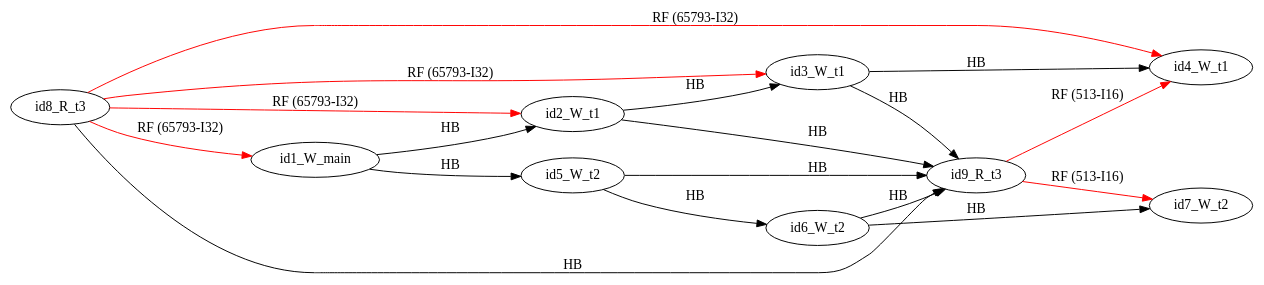
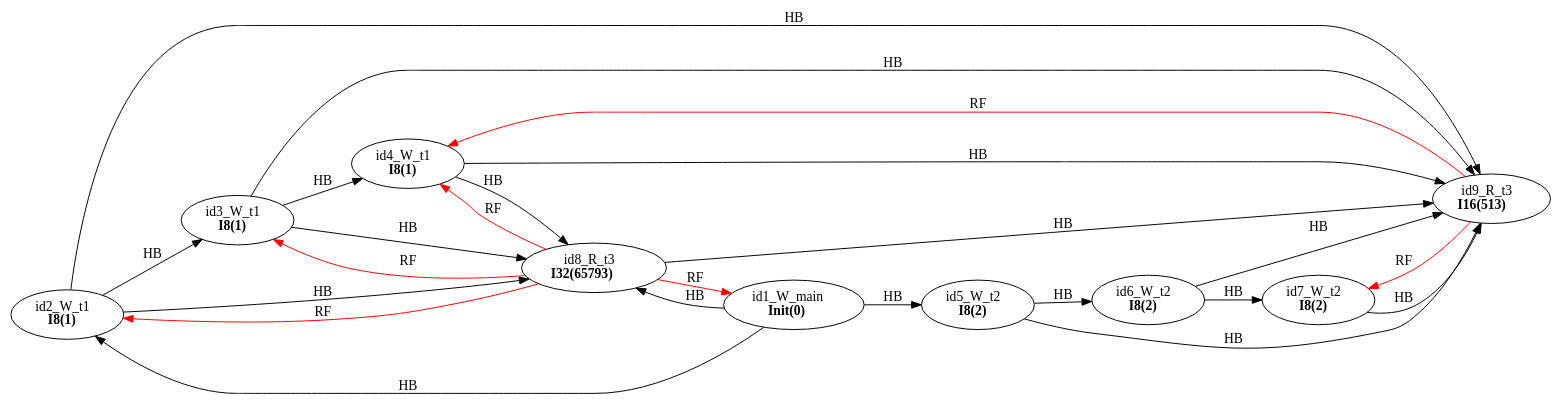
Before and after one commit to FMJS/EMME: the diagram in examples/single_var/sv_simple20/mm29.dot, drawn with Graphviz. The commit also changed 242 other files, not shown here.

```diff
--- a/examples/single_var/sv_simple20/mm29.dot
+++ b/examples/single_var/sv_simple20/mm29.dot
@@ -1,30 +1,36 @@
 digraph memory_model {
 rankdir=LR;
 splines=true; esep=0.5;
-id8_R_t3 -> id1_W_main [label = "RF (65793-I32)", color="red"];
-id8_R_t3 -> id2_W_t1 [label = "RF (65793-I32)", color="red"];
-id8_R_t3 -> id3_W_t1 [label = "RF (65793-I32)", color="red"];
-id8_R_t3 -> id4_W_t1 [label = "RF (65793-I32)", color="red"];
-id9_R_t3 -> id4_W_t1 [label = "RF (513-I16)", color="red"];
-id9_R_t3 -> id7_W_t2 [label = "RF (513-I16)", color="red"];
 id2_W_t1 -> id3_W_t1 [label = "HB", color="black"];
 id3_W_t1 -> id4_W_t1 [label = "HB", color="black"];
 id5_W_t2 -> id6_W_t2 [label = "HB", color="black"];
 id6_W_t2 -> id7_W_t2 [label = "HB", color="black"];
 id8_R_t3 -> id9_R_t3 [label = "HB", color="black"];
 id1_W_main -> id2_W_t1 [label = "HB", color="black"];
 id1_W_main -> id5_W_t2 [label = "HB", color="black"];
+id1_W_main -> id8_R_t3 [label = "HB", color="black"];
+id2_W_t1 -> id8_R_t3 [label = "HB", color="black"];
 id2_W_t1 -> id9_R_t3 [label = "HB", color="black"];
+id3_W_t1 -> id8_R_t3 [label = "HB", color="black"];
 id3_W_t1 -> id9_R_t3 [label = "HB", color="black"];
+id4_W_t1 -> id8_R_t3 [label = "HB", color="black"];
+id4_W_t1 -> id9_R_t3 [label = "HB", color="black"];
 id5_W_t2 -> id9_R_t3 [label = "HB", color="black"];
 id6_W_t2 -> id9_R_t3 [label = "HB", color="black"];
-id1_W_main [pos="5.0,6!"]
-id2_W_t1 [pos="0,4!"]
-id3_W_t1 [pos="0,2!"]
-id4_W_t1 [pos="0,0!"]
-id5_W_t2 [pos="5,4!"]
-id6_W_t2 [pos="5,2!"]
-id7_W_t2 [pos="5,0!"]
-id8_R_t3 [pos="10,4!"]
-id9_R_t3 [pos="10,2!"]
+id7_W_t2 -> id9_R_t3 [label = "HB", color="black"];
+id8_R_t3 -> id1_W_main [label = "RF", color="red"];
+id8_R_t3 -> id2_W_t1 [label = "RF", color="red"];
+id8_R_t3 -> id3_W_t1 [label = "RF", color="red"];
+id8_R_t3 -> id4_W_t1 [label = "RF", color="red"];
+id9_R_t3 -> id4_W_t1 [label = "RF", color="red"];
+id9_R_t3 -> id7_W_t2 [label = "RF", color="red"];
+id1_W_main [label=<id1_W_main<br/><B>Init(0)</B>>, pos="5.0,6!"]
+id2_W_t1 [label=<id2_W_t1<br/><B>I8(1)</B>>, pos="0,4!"]
+id3_W_t1 [label=<id3_W_t1<br/><B>I8(1)</B>>, pos="0,2!"]
+id4_W_t1 [label=<id4_W_t1<br/><B>I8(1)</B>>, pos="0,0!"]
+id5_W_t2 [label=<id5_W_t2<br/><B>I8(2)</B>>, pos="5,4!"]
+id6_W_t2 [label=<id6_W_t2<br/><B>I8(2)</B>>, pos="5,2!"]
+id7_W_t2 [label=<id7_W_t2<br/><B>I8(2)</B>>, pos="5,0!"]
+id8_R_t3 [label=<id8_R_t3<br/><B>I32(65793)</B>>, pos="10,4!"]
+id9_R_t3 [label=<id9_R_t3<br/><B>I16(513)</B>>, pos="10,2!"]
 }
```
